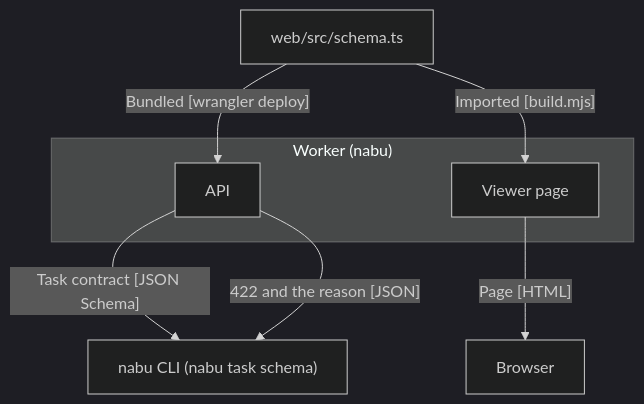
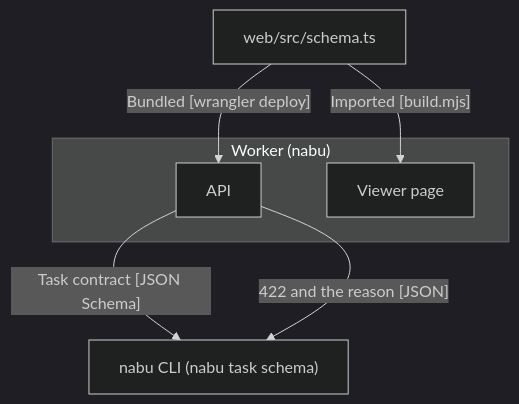
The fourth of 4 diagrams in docs/architecture.md (gitt510/nabu), drawn with Mermaid (dark theme) before and after one commit.

Commit message:
docs: end the task contract at the viewer page

````diff
--- a/docs/architecture.md
+++ b/docs/architecture.md
@@ -67,15 +67,14 @@
 ```mermaid
 flowchart TD
   schema["web/src/schema.ts"]
 
   subgraph worker_box["Worker (nabu)"]
     api["API"]
     page["Viewer page"]
   end
 
   schema -- "Bundled [wrangler deploy]" --> api
   schema -- "Imported [build.mjs]" --> page
   api -- "Task contract [JSON Schema]" --> cli["nabu CLI (nabu task schema)"]
   api -- "422 and the reason [JSON]" --> cli
-  page -- "Page [HTML]" --> browser["Browser"]
 ```
````
